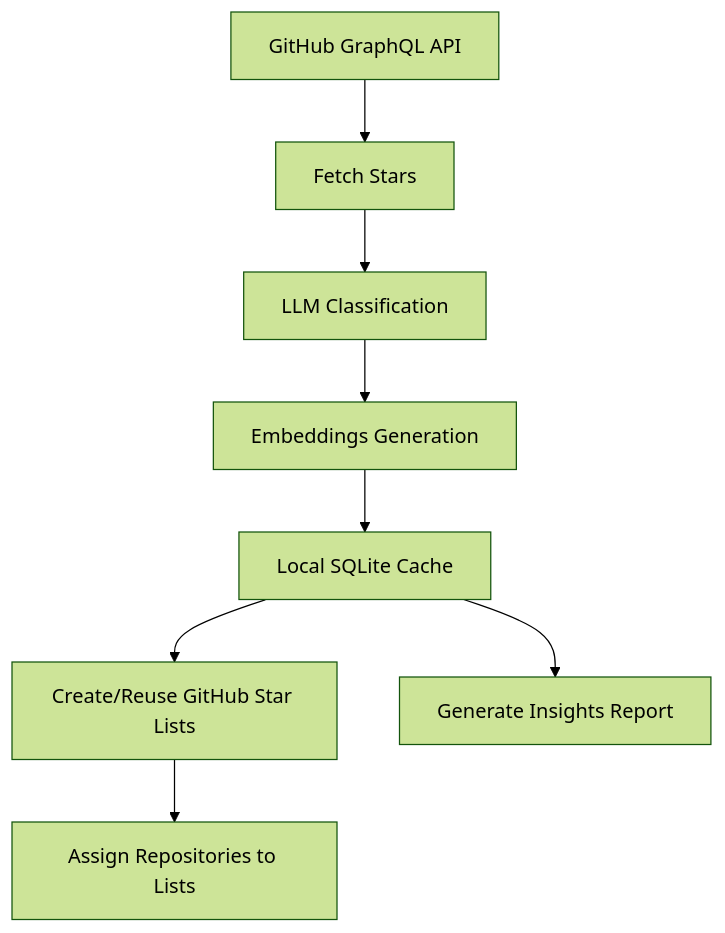
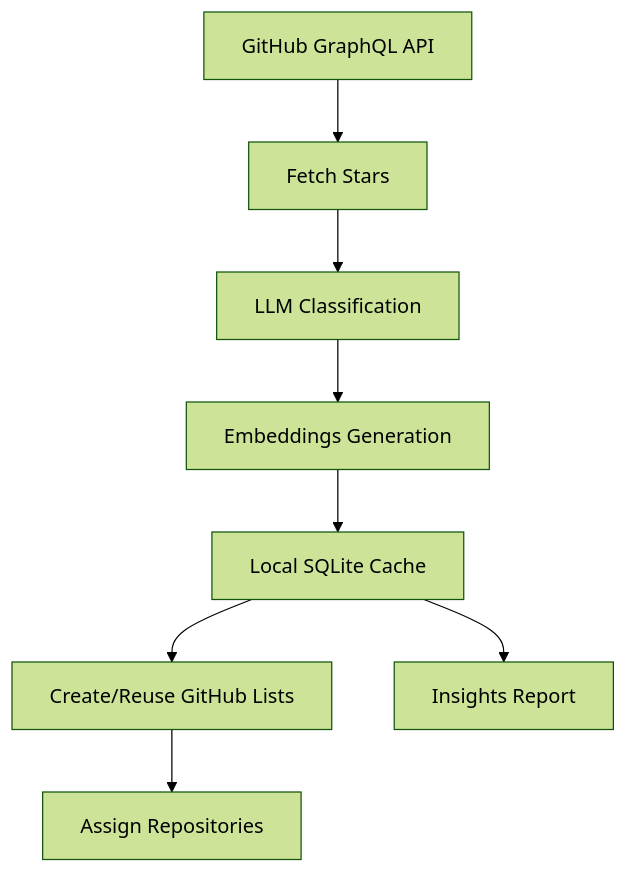
One commit to vins13pattar/gh-stars-organizer changed the diagram in README.md. Above: the diagram before and after it, drawn with Mermaid (forest theme). The commit also changed other lines of this file and 2 other files, not shown here.

````diff
--- a/README.md
+++ b/README.md
@@ -27,10 +24,10 @@
 ```mermaid
 flowchart TD
     A["GitHub GraphQL API"] --> B["Fetch Stars"]
     B --> C["LLM Classification"]
     C --> D["Embeddings Generation"]
     D --> E["Local SQLite Cache"]
-    E --> F["Create/Reuse GitHub Star Lists"]
-    F --> G["Assign Repositories to Lists"]
-    E --> H["Generate Insights Report"]
+    E --> F["Create/Reuse GitHub Lists"]
+    F --> G["Assign Repositories"]
+    E --> H["Insights Report"]
 ```
````
